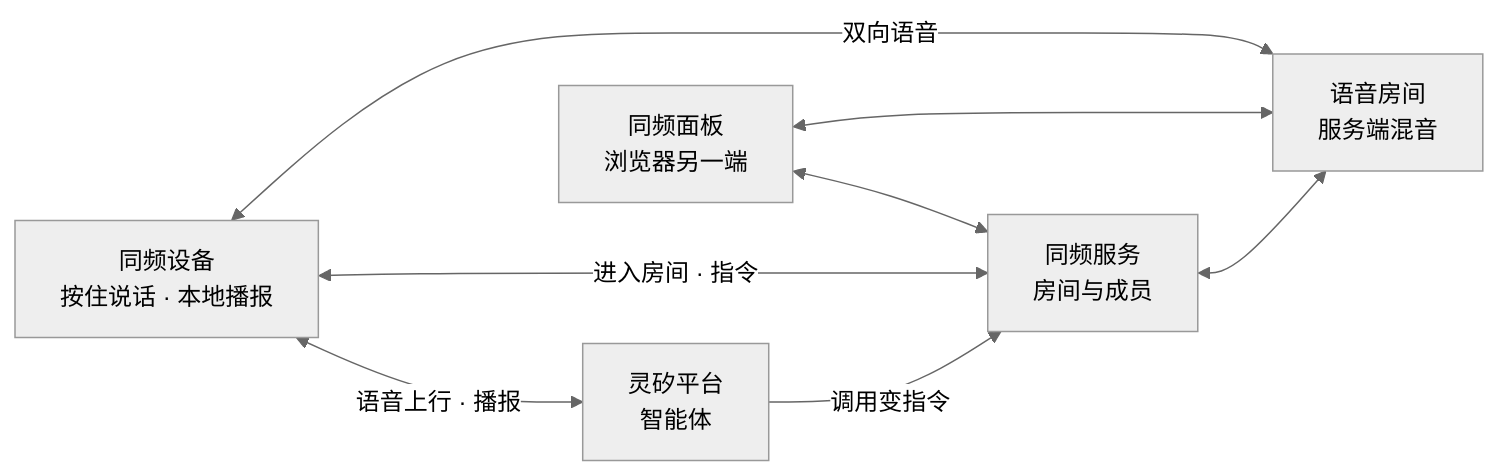
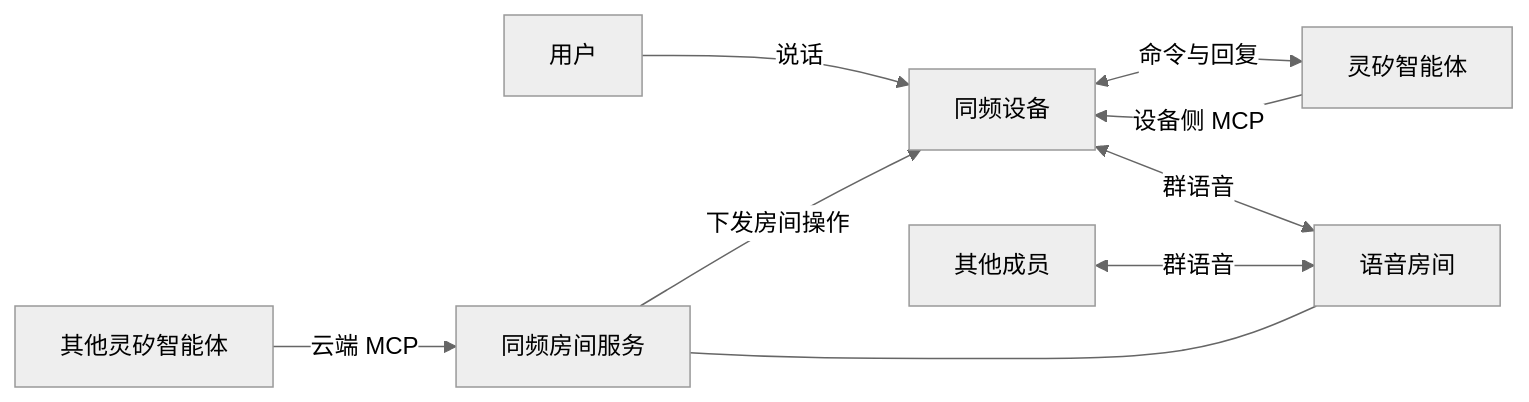
Before and after one commit to Shi1xin/linx-intercom: the diagram in README.md, drawn with Mermaid (neutral theme). The commit also changed other lines of this file and 1 other file, not shown here.

````diff
--- a/README.md
+++ b/README.md
@@ -18,10 +13,11 @@
 ```mermaid
 flowchart LR
-    D["同频设备<br/>按住说话 · 本地播报"] <-->|语音上行 · 播报| P["灵矽平台<br/>智能体"]
-    D <-->|进入房间 · 指令| C["同频服务<br/>房间与成员"]
-    B["同频面板<br/>浏览器另一端"] <--> C
-    D <-->|双向语音| J["语音房间<br/>服务端混音"]
-    B <--> J
-    C <--> J
-    P -->|调用变指令| C
+    U["用户"] -->|说话| D["同频设备"]
+    D <-->|命令与回复| P["灵矽智能体"]
+    P -->|设备侧 MCP| D
+    O["其他灵矽智能体"] -->|云端 MCP| S["同频房间服务"]
+    S -->|下发房间操作| D
+    D <-->|群语音| R["语音房间"]
+    M["其他成员"] <-->|群语音| R
+    S --- R
 ```
````
